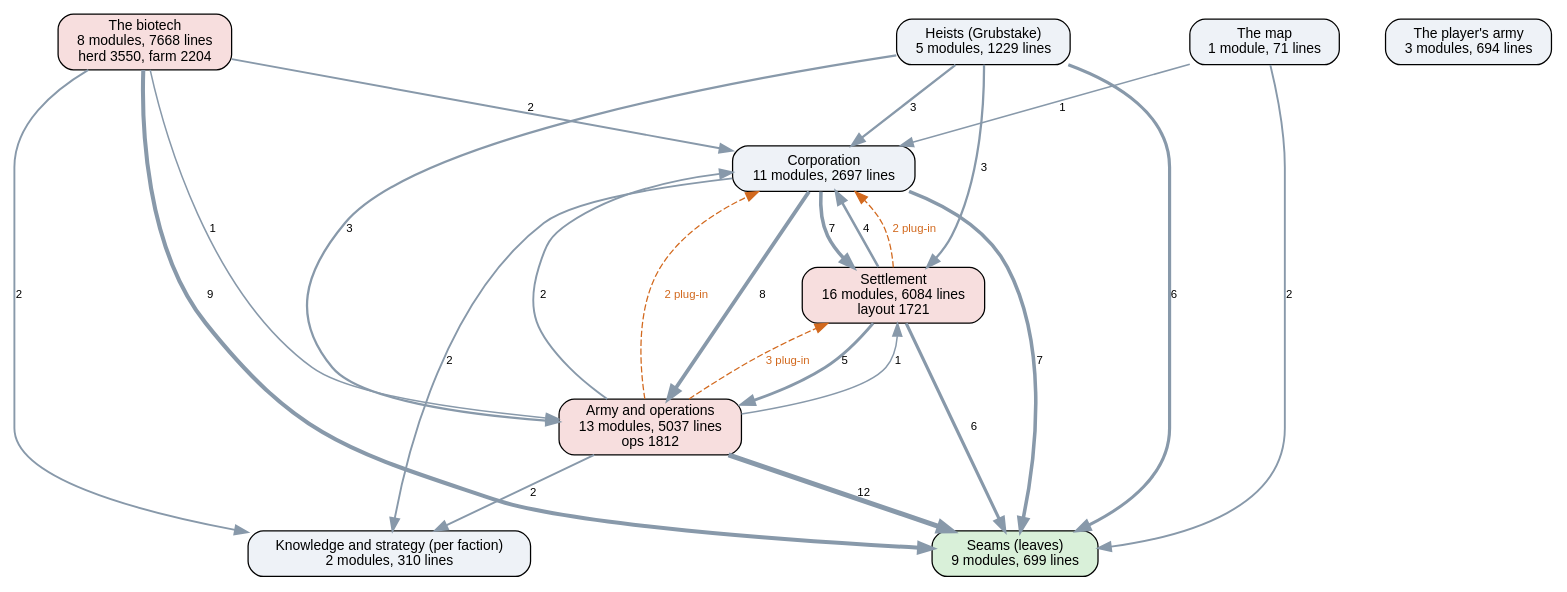
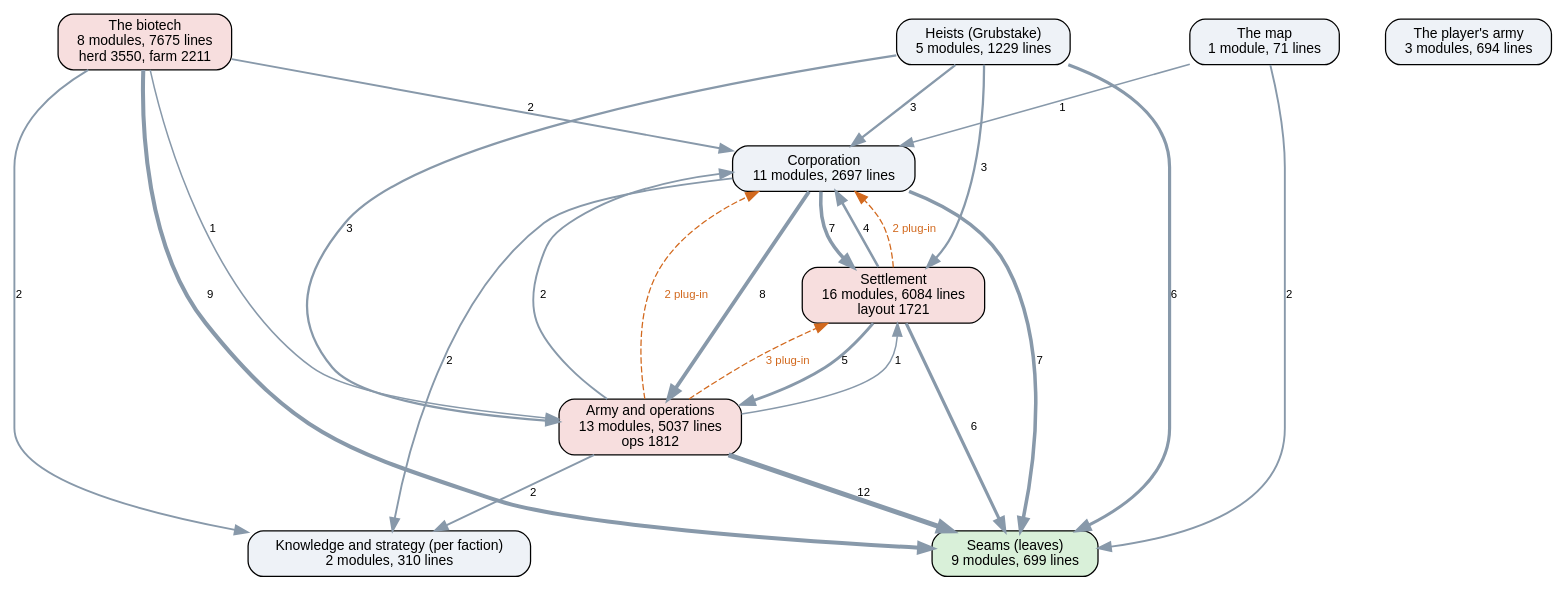
Before and after one commit to kinelhu/landing-party: the diagram in docs/ai-layers.dot, drawn with Graphviz. The commit also changed 11 other files, not shown here.

```diff
--- a/docs/ai-layers.dot
+++ b/docs/ai-layers.dot
@@ -1,38 +1,38 @@
 digraph layers {
   graph [rankdir=TB, fontname="Helvetica", nodesep=0.5, ranksep=0.7];
   node [shape=box, style="rounded,filled", fontname="Helvetica", fontsize=11, fillcolor="#eef2f7"];
   edge [color="#8899aa", fontname="Helvetica", fontsize=9];
   "Seams (leaves)" [label="Seams (leaves)\n9 modules, 699 lines", fillcolor="#d9f0d9"];
   "Knowledge and strategy (per faction)" [label="Knowledge and strategy (per faction)\n2 modules, 310 lines", fillcolor="#eef2f7"];
   "Corporation" [label="Corporation\n11 modules, 2697 lines", fillcolor="#eef2f7"];
   "Settlement" [label="Settlement\n16 modules, 6084 lines\nlayout 1721", fillcolor="#f7dede"];
   "Army and operations" [label="Army and operations\n13 modules, 5037 lines\nops 1812", fillcolor="#f7dede"];
   "Heists (Grubstake)" [label="Heists (Grubstake)\n5 modules, 1229 lines", fillcolor="#eef2f7"];
-  "The biotech" [label="The biotech\n8 modules, 7668 lines\nherd 3550, farm 2204", fillcolor="#f7dede"];
+  "The biotech" [label="The biotech\n8 modules, 7675 lines\nherd 3550, farm 2211", fillcolor="#f7dede"];
   "The map" [label="The map\n1 module, 71 lines", fillcolor="#eef2f7"];
   "The player's army" [label="The player's army\n3 modules, 694 lines", fillcolor="#eef2f7"];
   "Army and operations" -> "Corporation" [label="2", penwidth=1.5];
   "Army and operations" -> "Knowledge and strategy (per faction)" [label="2", penwidth=1.5];
   "Army and operations" -> "Seams (leaves)" [label="12", penwidth=4.0];
   "Army and operations" -> "Settlement" [label="1", penwidth=1.2];
   "Corporation" -> "Army and operations" [label="8", penwidth=3.0];
   "Corporation" -> "Knowledge and strategy (per faction)" [label="2", penwidth=1.5];
   "Corporation" -> "Seams (leaves)" [label="7", penwidth=2.8];
   "Corporation" -> "Settlement" [label="7", penwidth=2.8];
   "Heists (Grubstake)" -> "Army and operations" [label="3", penwidth=1.8];
   "Heists (Grubstake)" -> "Corporation" [label="3", penwidth=1.8];
   "Heists (Grubstake)" -> "Seams (leaves)" [label="6", penwidth=2.5];
   "Heists (Grubstake)" -> "Settlement" [label="3", penwidth=1.8];
   "Settlement" -> "Army and operations" [label="5", penwidth=2.2];
   "Settlement" -> "Corporation" [label="4", penwidth=2.0];
   "Settlement" -> "Seams (leaves)" [label="6", penwidth=2.5];
   "The biotech" -> "Army and operations" [label="1", penwidth=1.2];
   "The biotech" -> "Corporation" [label="2", penwidth=1.5];
   "The biotech" -> "Knowledge and strategy (per faction)" [label="2", penwidth=1.5];
   "The biotech" -> "Seams (leaves)" [label="9", penwidth=3.2];
   "The map" -> "Corporation" [label="1", penwidth=1.2];
   "The map" -> "Seams (leaves)" [label="2", penwidth=1.5];
   "Army and operations" -> "Corporation" [style=dashed, color="#d2691e", fontcolor="#d2691e", label="2 plug-in"];
   "Army and operations" -> "Settlement" [style=dashed, color="#d2691e", fontcolor="#d2691e", label="3 plug-in"];
   "Settlement" -> "Corporation" [style=dashed, color="#d2691e", fontcolor="#d2691e", label="2 plug-in"];
 }
```
